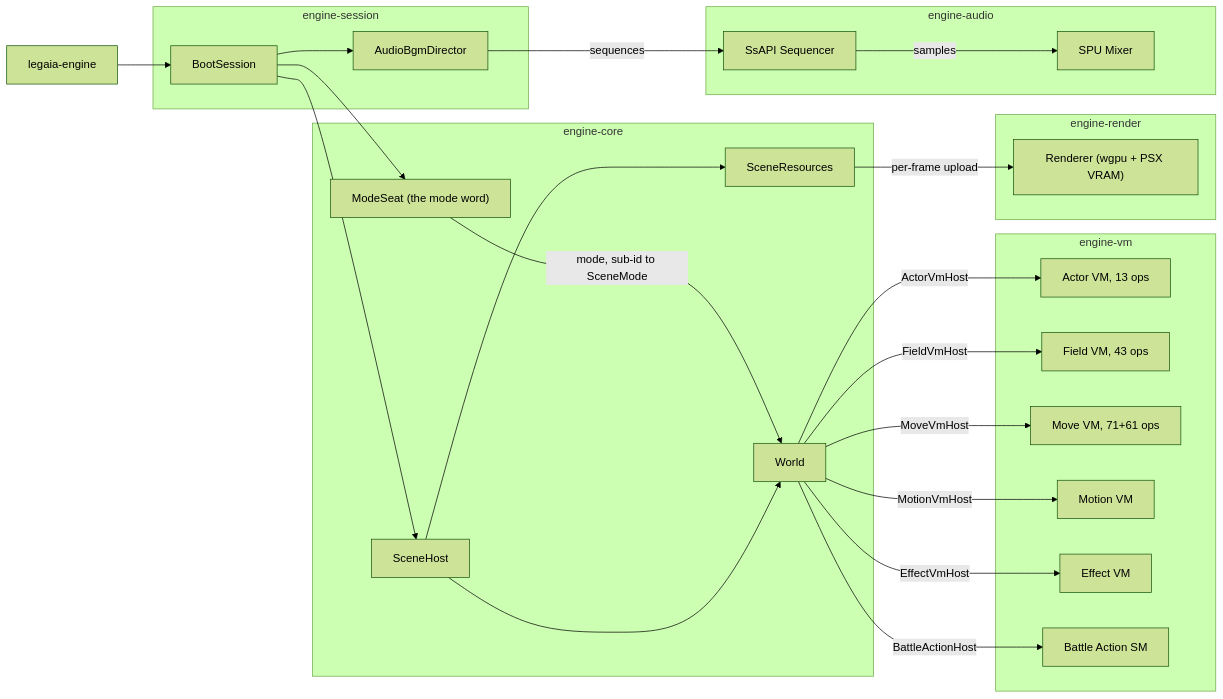
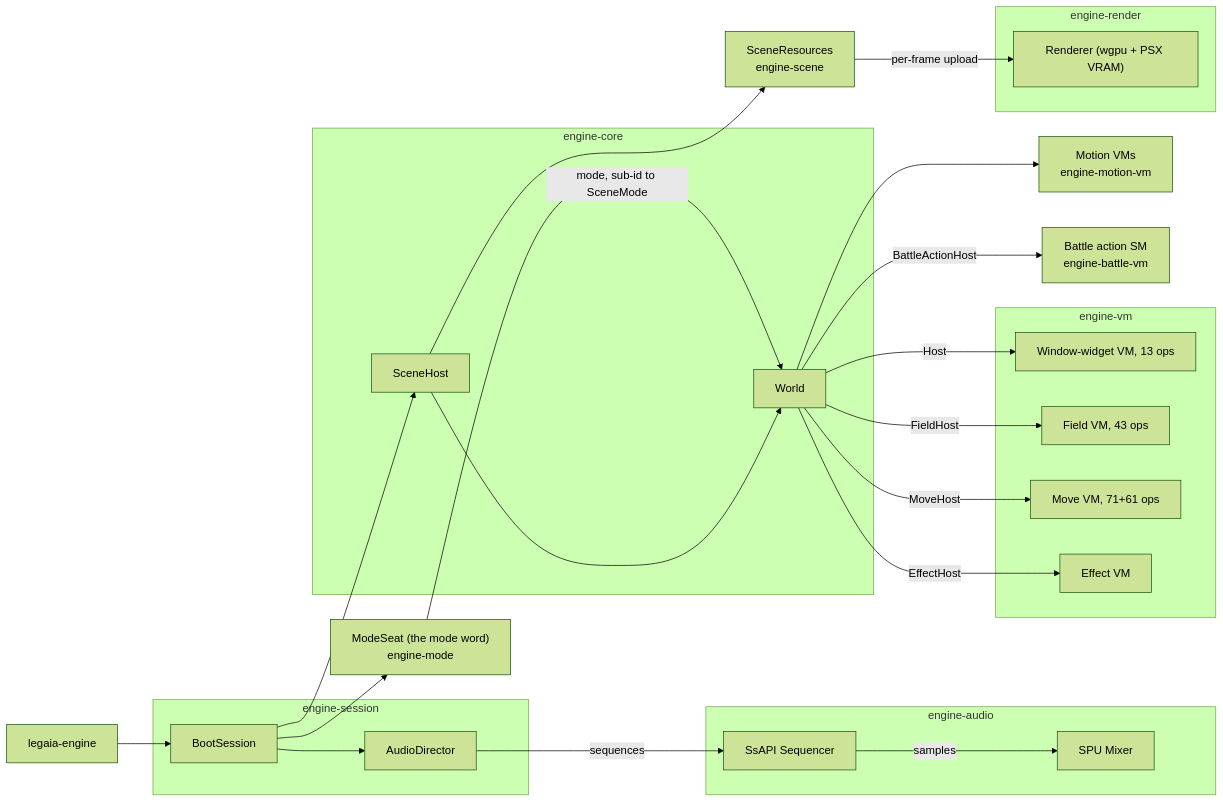
The fourth of 4 diagrams in docs/subsystems/engine.md (AndrewAltimit/legend-of-legaia-re), drawn with Mermaid (forest theme) before and after one commit. The commit also changed other lines of this file and 4273 other files, not shown here.

````diff
--- a/docs/subsystems/engine.md
+++ b/docs/subsystems/engine.md
@@ -294,51 +339,53 @@
 ```mermaid
 graph LR
     BIN["legaia-engine"]
 
     subgraph session ["engine-session"]
         BS["BootSession"]
-        BGM["AudioBgmDirector"]
+        BGM["AudioDirector"]
     end
 
     subgraph core ["engine-core"]
-        MD["ModeSeat (the mode word)"]
         SH["SceneHost"]
         W["World"]
-        SR["SceneResources"]
     end
 
+    MD["ModeSeat (the mode word)<br/>engine-mode"]
+    SR["SceneResources<br/>engine-scene"]
+
     subgraph vm ["engine-vm"]
-        AVM["Actor VM, 13 ops"]
+        AVM["Window-widget VM, 13 ops"]
         FVM["Field VM, 43 ops"]
         MVM["Move VM, 71+61 ops"]
-        MotVM["Motion VM"]
         EVM["Effect VM"]
-        BSM["Battle Action SM"]
     end
+
+    MotVM["Motion VMs<br/>engine-motion-vm"]
+    BSM["Battle action SM<br/>engine-battle-vm"]
 
     subgraph ren ["engine-render"]
         REN["Renderer (wgpu + PSX VRAM)"]
     end
 
     subgraph au ["engine-audio"]
         SEQ["SsAPI Sequencer"]
         SPU["SPU Mixer"]
     end
 
     BIN --> BS
     BS --> MD
     BS --> BGM
     BS --> SH
     MD -->|"mode, sub-id to SceneMode"| W
     SH --> W
     SH --> SR
-    W -->|ActorVmHost| AVM
-    W -->|FieldVmHost| FVM
-    W -->|MoveVmHost| MVM
-    W -->|MotionVmHost| MotVM
-    W -->|EffectVmHost| EVM
+    W -->|Host| AVM
+    W -->|FieldHost| FVM
+    W -->|MoveHost| MVM
+    W --> MotVM
+    W -->|EffectHost| EVM
     W -->|BattleActionHost| BSM
     SR -->|"per-frame upload"| REN
     BGM -->|sequences| SEQ
     SEQ -->|samples| SPU
 ```
````
